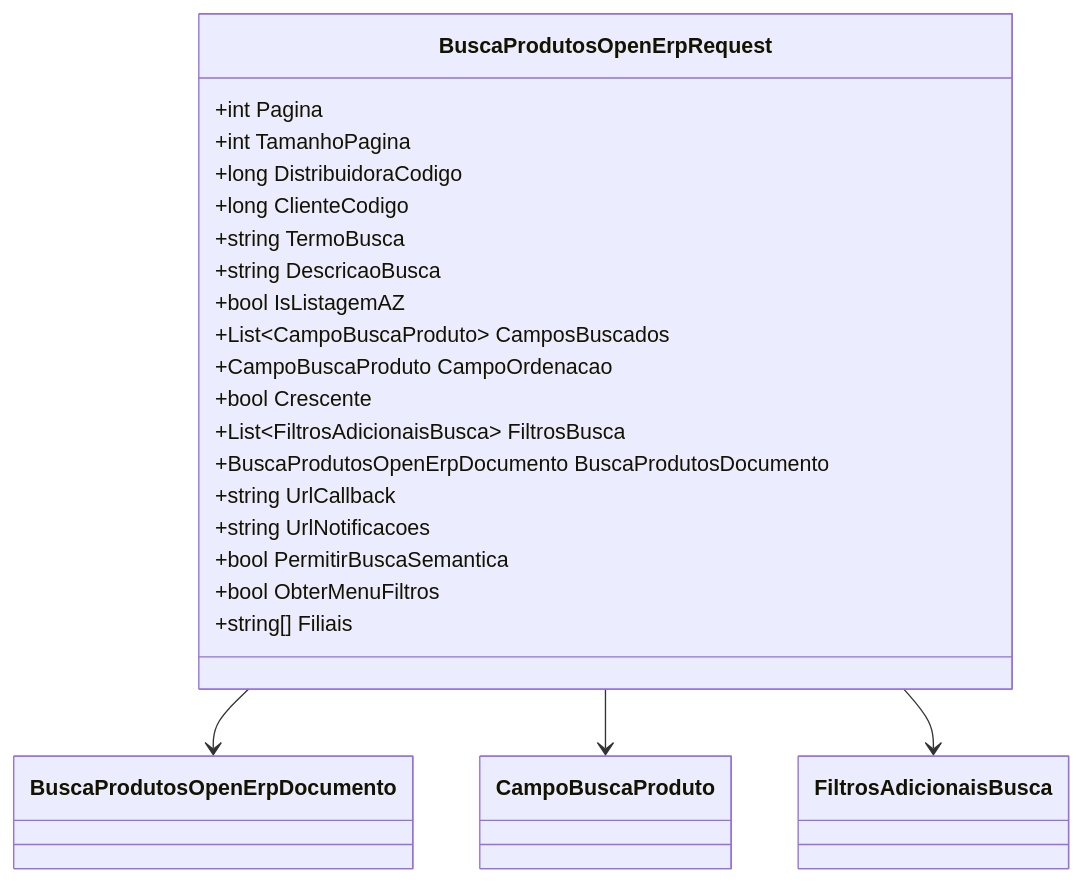
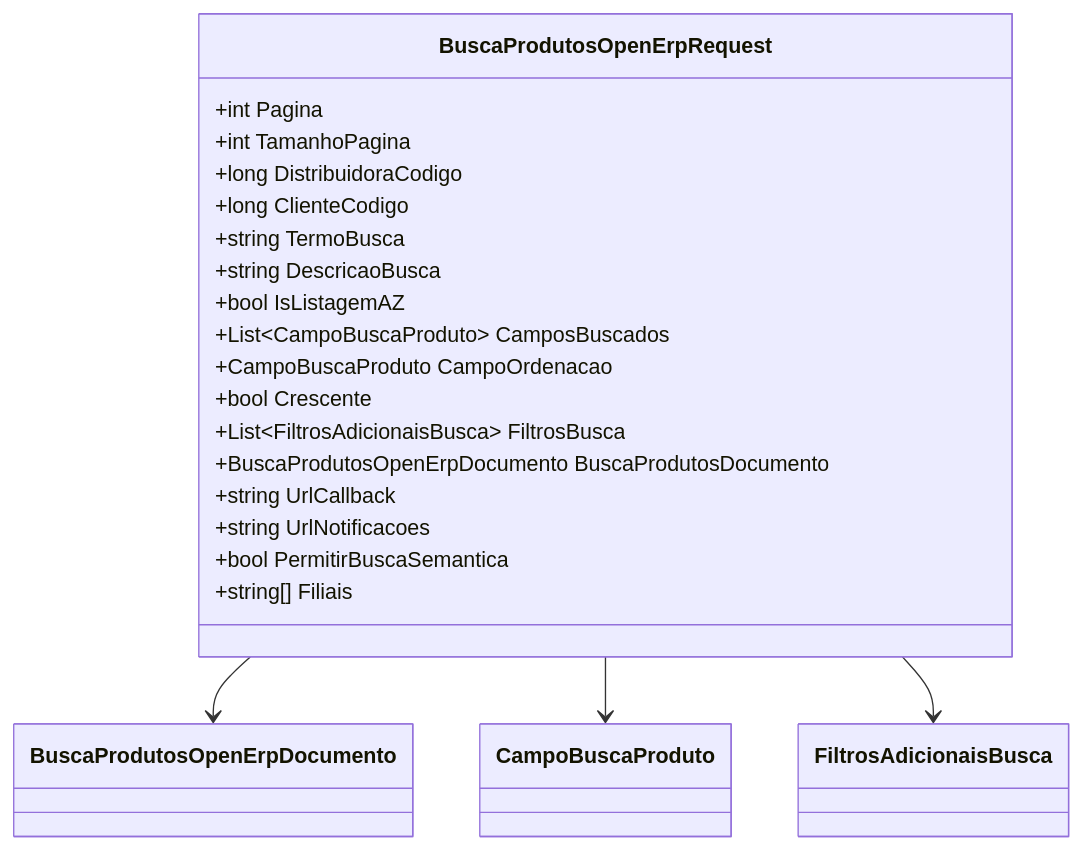
Before and after one commit to IsthmusSistemas/documentacao-tecnica: the second of 2 diagrams in docs/b2b-dominio/IsthmusWinthor.Nucleo/IsthmusWinthor.Dominio/POCO/PesquisaProdutos/OpenErp/BuscaProdutosOpenErpRequest.md, drawn with Mermaid. The commit also changed other lines of this file and 882 other files, not shown here.

````diff
--- a/docs/b2b-dominio/IsthmusWinthor.Nucleo/IsthmusWinthor.Dominio/POCO/PesquisaProdutos/OpenErp/BuscaProdutosOpenErpRequest.md
+++ b/docs/b2b-dominio/IsthmusWinthor.Nucleo/IsthmusWinthor.Dominio/POCO/PesquisaProdutos/OpenErp/BuscaProdutosOpenErpRequest.md
@@ -44,30 +42,25 @@
 ```mermaid
 classDiagram
     class BuscaProdutosOpenErpRequest {
         +int Pagina
         +int TamanhoPagina
         +long DistribuidoraCodigo
         +long ClienteCodigo
         +string TermoBusca
         +string DescricaoBusca
         +bool IsListagemAZ
         +List~CampoBuscaProduto~ CamposBuscados
         +CampoBuscaProduto CampoOrdenacao
         +bool Crescente
         +List~FiltrosAdicionaisBusca~ FiltrosBusca
         +BuscaProdutosOpenErpDocumento BuscaProdutosDocumento
         +string UrlCallback
         +string UrlNotificacoes
         +bool PermitirBuscaSemantica
-        +bool ObterMenuFiltros
         +string[] Filiais
     }
-
-    class BuscaProdutosOpenErpDocumento
-    class CampoBuscaProduto
-    class FiltrosAdicionaisBusca
 
     BuscaProdutosOpenErpRequest --> BuscaProdutosOpenErpDocumento
     BuscaProdutosOpenErpRequest --> CampoBuscaProduto
     BuscaProdutosOpenErpRequest --> FiltrosAdicionaisBusca
 ```
````
